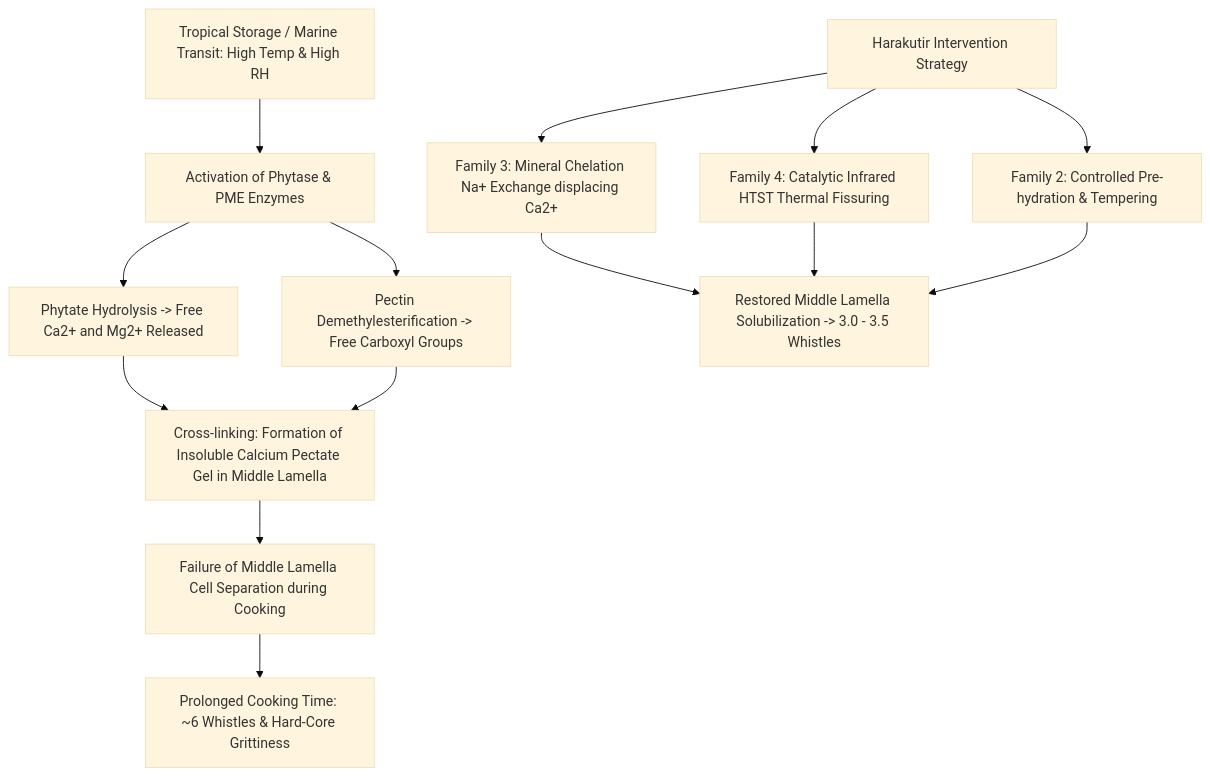
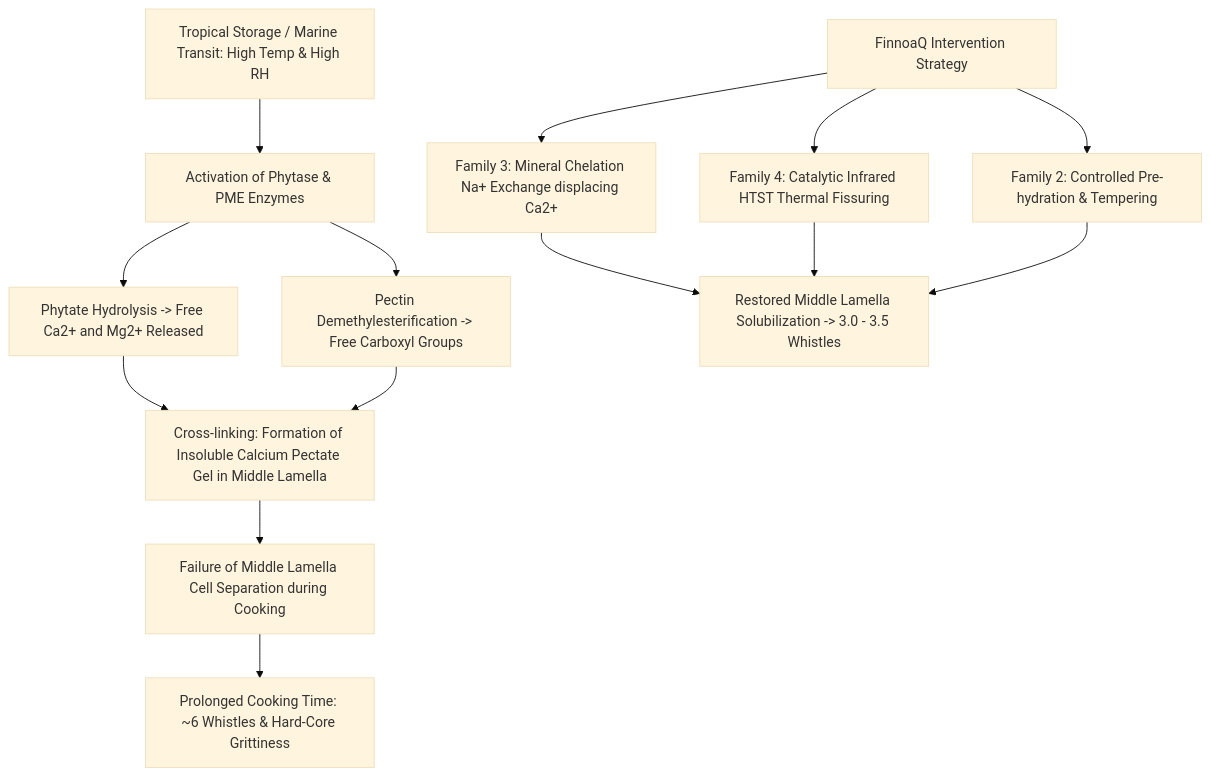
One commit to SourishSenapati/FinnoAQ changed the diagram in toor_dal_optimization/reports/EVIDENCE_REGISTER.md. Above: the diagram before and after it, drawn with Mermaid (base theme). The commit also changed other lines of this file and 706 other files, not shown here.

````diff
--- a/toor_dal_optimization/reports/EVIDENCE_REGISTER.md
+++ b/toor_dal_optimization/reports/EVIDENCE_REGISTER.md
@@ -15,17 +15,17 @@
 ```mermaid
 graph TD
     A[Tropical Storage / Marine Transit: High Temp & High RH] --> B[Activation of Phytase & PME Enzymes]
     B --> C[Phytate Hydrolysis -> Free Ca2+ and Mg2+ Released]
     B --> D[Pectin Demethylesterification -> Free Carboxyl Groups]
     C --> E[Cross-linking: Formation of Insoluble Calcium Pectate Gel in Middle Lamella]
     D --> E
     E --> F[Failure of Middle Lamella Cell Separation during Cooking]
     F --> G[Prolonged Cooking Time: ~6 Whistles & Hard-Core Grittiness]
     
-    H[Harakutir Intervention Strategy] --> I[Family 3: Mineral Chelation Na+ Exchange displacing Ca2+]
+    H[FinnoaQ Intervention Strategy] --> I[Family 3: Mineral Chelation Na+ Exchange displacing Ca2+]
     H --> J[Family 4: Catalytic Infrared HTST Thermal Fissuring]
     H --> K[Family 2: Controlled Pre-hydration & Tempering]
     I --> L[Restored Middle Lamella Solubilization -> 3.0 - 3.5 Whistles]
     J --> L
     K --> L
 ```
````
